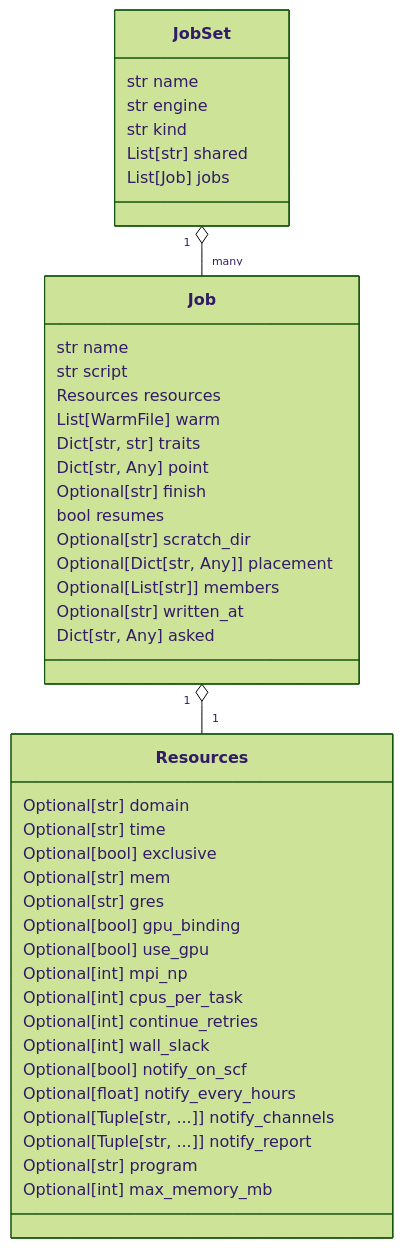
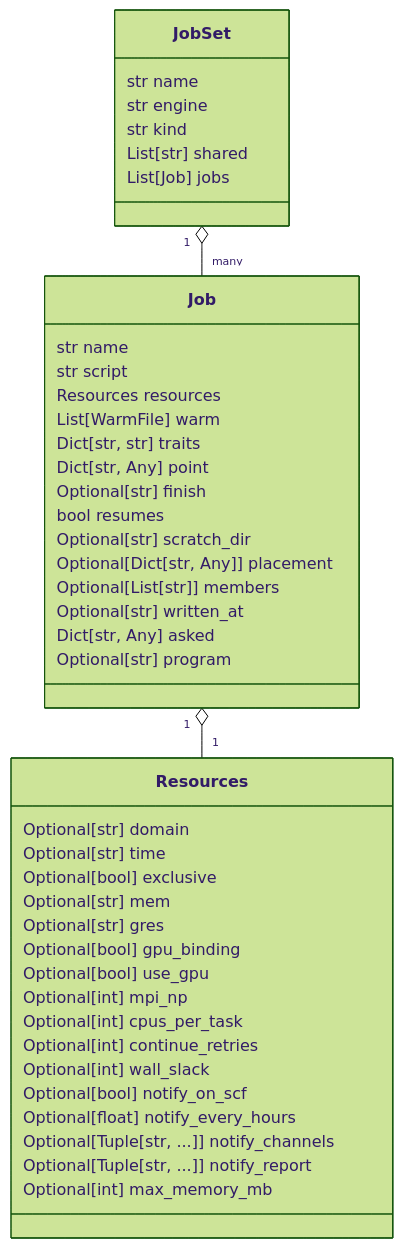
The seventh of 19 diagrams in docs/execution/job-system.md (Qing-LAB/molbuilder), drawn with Mermaid (forest theme) before and after one commit. The commit also changed other lines of this file and 196 other files, not shown here.

````diff
--- a/docs/execution/job-system.md
+++ b/docs/execution/job-system.md
@@ -1027,46 +1046,46 @@
 ```mermaid
 classDiagram
     class JobSet {
       str name
       str engine
       str kind
       List[str] shared
       List[Job] jobs
     }
     class Job {
       str name
       str script
       Resources resources
       List[WarmFile] warm
       Dict[str, str] traits
       Dict[str, Any] point
       Optional[str] finish
       bool resumes
       Optional[str] scratch_dir
       Optional[Dict[str, Any]] placement
       Optional[List[str]] members
       Optional[str] written_at
       Dict[str, Any] asked
+      Optional[str] program
     }
     class Resources {
       Optional[str] domain
       Optional[str] time
       Optional[bool] exclusive
       Optional[str] mem
       Optional[str] gres
       Optional[bool] gpu_binding
       Optional[bool] use_gpu
       Optional[int] mpi_np
       Optional[int] cpus_per_task
       Optional[int] continue_retries
       Optional[int] wall_slack
       Optional[bool] notify_on_scf
       Optional[float] notify_every_hours
       Optional[Tuple[str, ...]] notify_channels
       Optional[Tuple[str, ...]] notify_report
-      Optional[str] program
       Optional[int] max_memory_mb
     }
     JobSet "1" o-- "many" Job
     Job "1" o-- "1" Resources
 ```
````
